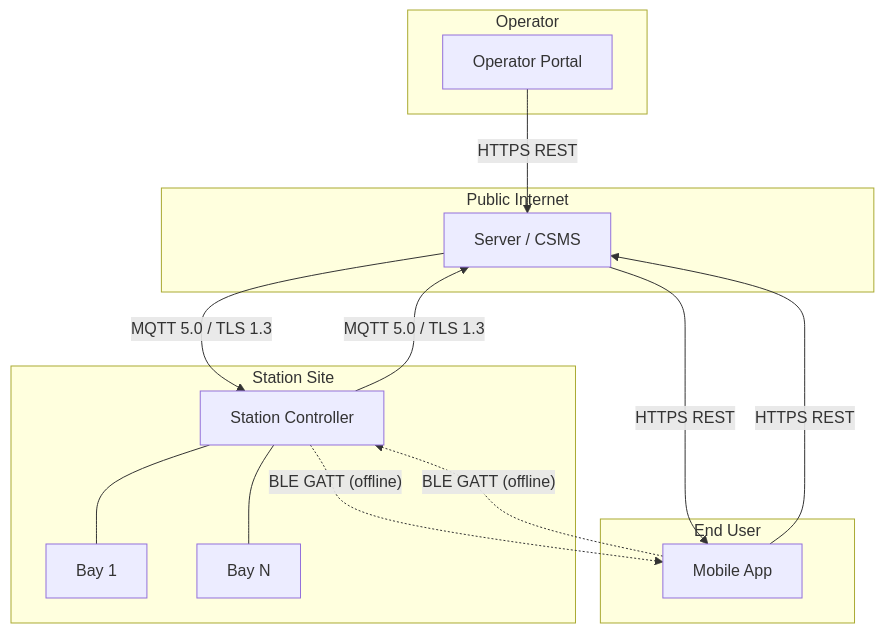
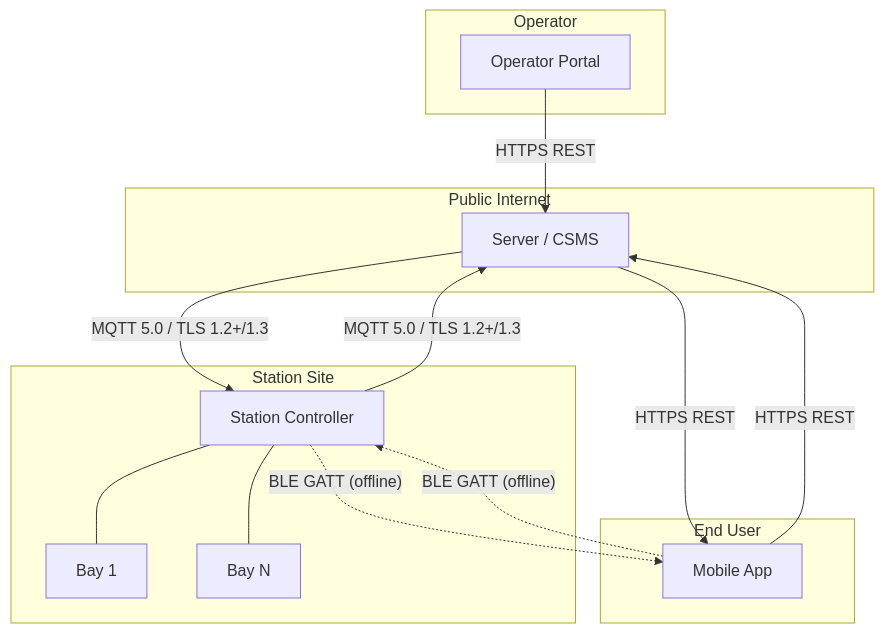
The diagram in spec/01-architecture.md (ospp-org/spec), drawn with Mermaid before and after one commit. The commit also changed other lines of this file and 18 other files, not shown here.

````diff
--- a/spec/01-architecture.md
+++ b/spec/01-architecture.md
@@ -36,30 +36,30 @@
 ```mermaid
 graph TB
     subgraph "Public Internet"
         SERVER["Server / CSMS"]
     end
 
     subgraph "Station Site"
         STATION["Station Controller"]
         BAY1["Bay 1"]
         BAY2["Bay N"]
         STATION --- BAY1
         STATION --- BAY2
     end
 
     subgraph "End User"
         APP["Mobile App"]
     end
 
     subgraph "Operator"
         PORTAL["Operator Portal"]
     end
 
-    STATION -- "MQTT 5.0 / TLS 1.3" --> SERVER
-    SERVER -- "MQTT 5.0 / TLS 1.3" --> STATION
+    STATION -- "MQTT 5.0 / TLS 1.2+/1.3" --> SERVER
+    SERVER -- "MQTT 5.0 / TLS 1.2+/1.3" --> STATION
     APP -- "HTTPS REST" --> SERVER
     SERVER -- "HTTPS REST" --> APP
     APP -. "BLE GATT (offline)" .-> STATION
     STATION -. "BLE GATT (offline)" .-> APP
     PORTAL -- "HTTPS REST" --> SERVER
 ```
````
